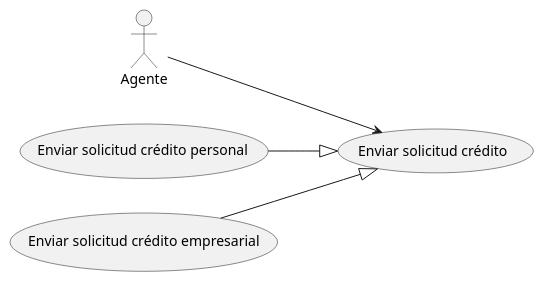
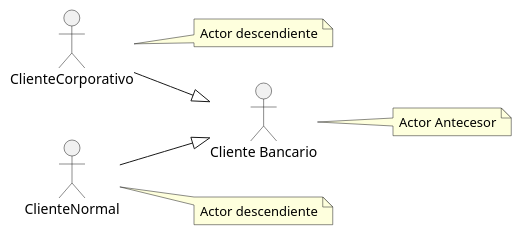
The diagram in src/casos_de_uso_con_PlantUml_IISAM.puml (sergikarx/casos-de-uso-con-PlantUml-II-Sergio-Aroca), drawn with PlantUML before and after one commit. The commit also changed 1 other file, not shown here.

```diff
--- a/src/casos_de_uso_con_PlantUml_IISAM.puml
+++ b/src/casos_de_uso_con_PlantUml_IISAM.puml
@@ -1,15 +1,20 @@
 @startuml
 left to right direction
-:Agente: as Actor
+:Cliente Bancario: as ActorAscen
+:ClienteCorporativo: as ActorDescendiente
+:ClienteNormal: as ActorDescendiente2
 
-(Enviar solicitud crédito) as Enviar
-(Enviar solicitud crédito personal) as EnviarPersonal
-(Enviar solicitud crédito empresarial) as EnviarEmpresarial
+ActorDescendiente --|> ActorAscen
+ActorDescendiente2 --|>ActorAscen
+note right of ActorAscen
+Actor Antecesor
+end note
 
-Actor --> Enviar
+note right of ActorDescendiente
+Actor descendiente
+end note
 
-EnviarPersonal --|> Enviar
-EnviarEmpresarial --|> Enviar
-
-
+note right of ActorDescendiente2
+Actor descendiente
+end note
 @enduml
```
